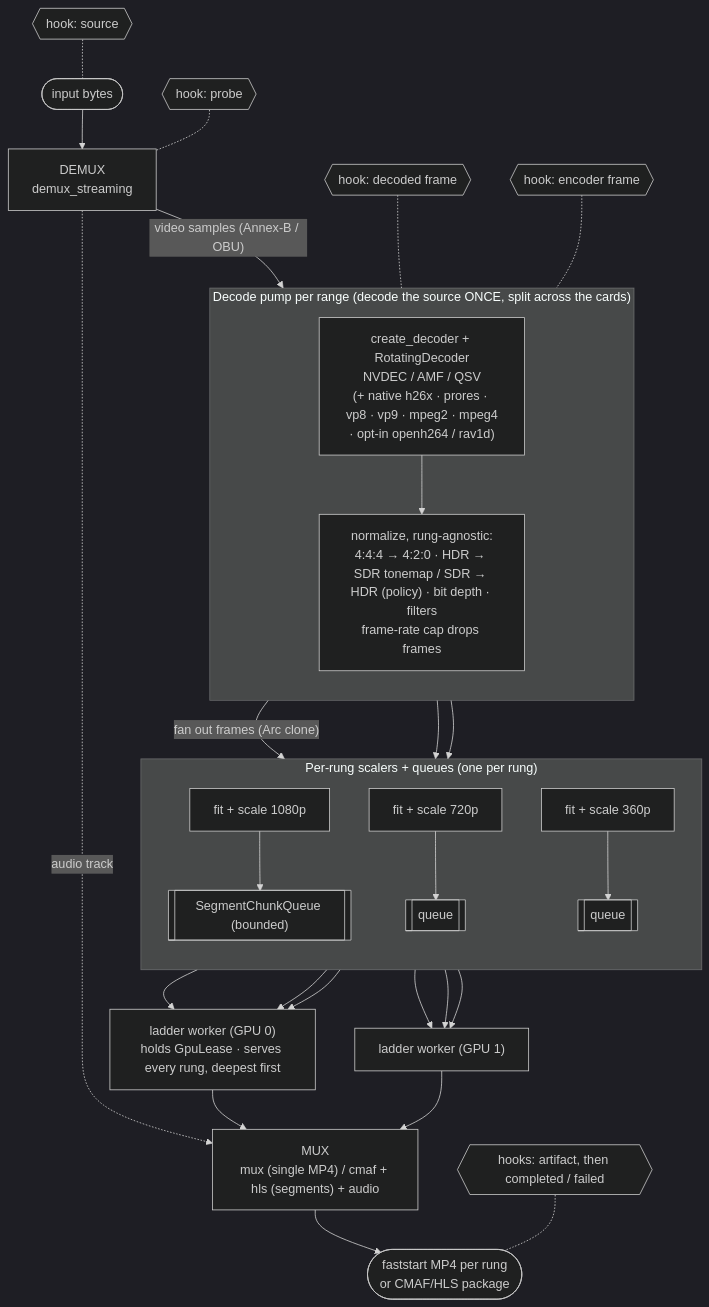
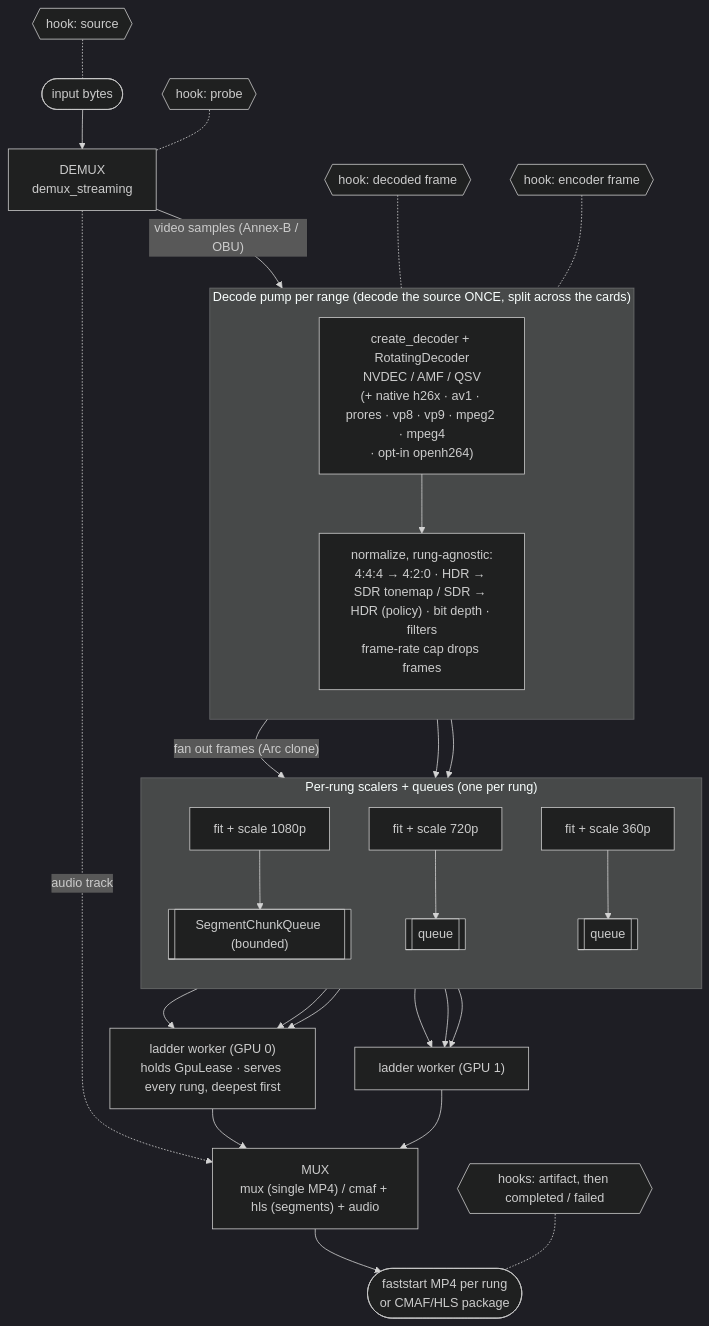
The first of 2 diagrams in docs/pipeline.md (rivet-transcoder/rivet), drawn with Mermaid (dark theme) before and after one commit. The commit also changed other lines of this file and 19 other files, not shown here.

````diff
--- a/docs/pipeline.md
+++ b/docs/pipeline.md
@@ -44,42 +46,42 @@
 ```mermaid
 flowchart TD
     IN([input bytes]) --> DEMUX["DEMUX<br/>demux_streaming"]
     DEMUX -.->|audio track| MUX
     DEMUX -->|"video samples (Annex-B / OBU)"| DEC
 
     subgraph PUMP["Decode pump per range (decode the source ONCE, split across the cards)"]
         direction TB
-        DEC["create_decoder + RotatingDecoder<br/>NVDEC / AMF / QSV<br/>(+ native h26x · prores · vp8 · vp9 · mpeg2 · mpeg4<br/>· opt-in openh264 / rav1d)"]
+        DEC["create_decoder + RotatingDecoder<br/>NVDEC / AMF / QSV<br/>(+ native h26x · av1 · prores · vp8 · vp9 · mpeg2 · mpeg4<br/>· opt-in openh264)"]
         DEC --> NORM["normalize, rung-agnostic:<br/>4:4:4 → 4:2:0 · HDR → SDR tonemap / SDR → HDR (policy) · bit depth · filters<br/>frame-rate cap drops frames"]
     end
 
     NORM -->|"fan out frames (Arc clone)"| SC1
     NORM --> SC2
     NORM --> SC3
 
     subgraph SCALERS["Per-rung scalers + queues (one per rung)"]
         direction TB
         SC1["fit + scale 1080p"] --> Q1[["SegmentChunkQueue (bounded)"]]
         SC2["fit + scale 720p"] --> Q2[["queue"]]
         SC3["fit + scale 360p"] --> Q3[["queue"]]
     end
 
     Q1 --> W1["ladder worker (GPU 0)<br/>holds GpuLease · serves every rung, deepest first"]
     Q2 --> W1
     Q3 --> W1
     Q1 --> W2["ladder worker (GPU 1)"]
     Q2 --> W2
     Q3 --> W2
 
     W1 --> MUX
     W2 --> MUX
 
     MUX["MUX<br/>mux (single MP4) / cmaf + hls (segments) + audio"]
     MUX --> OUT([faststart MP4 per rung<br/>or CMAF/HLS package])
 
     HS{{"hook: source"}} -.- IN
     HP{{"hook: probe"}} -.- DEMUX
     HD{{"hook: decoded frame"}} -.- DEC
     HE{{"hook: encoder frame"}} -.- NORM
     HA{{"hooks: artifact, then completed / failed"}} -.- OUT
 ```
````
